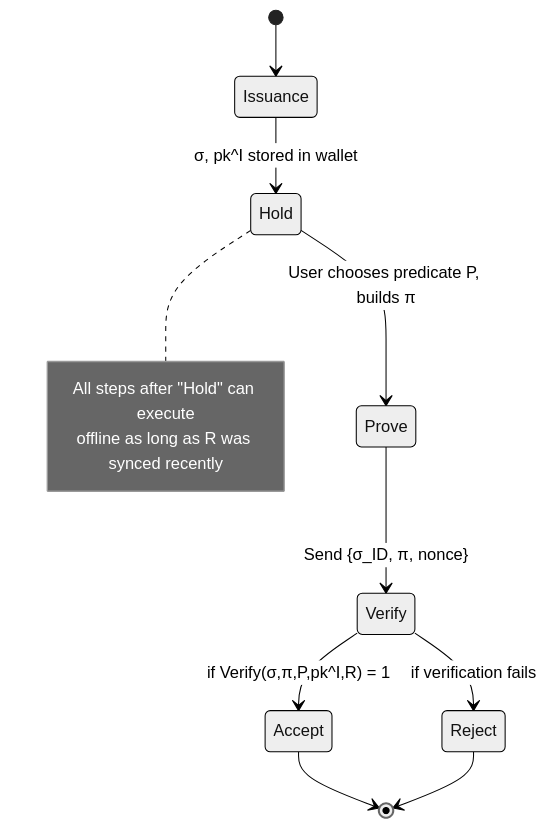
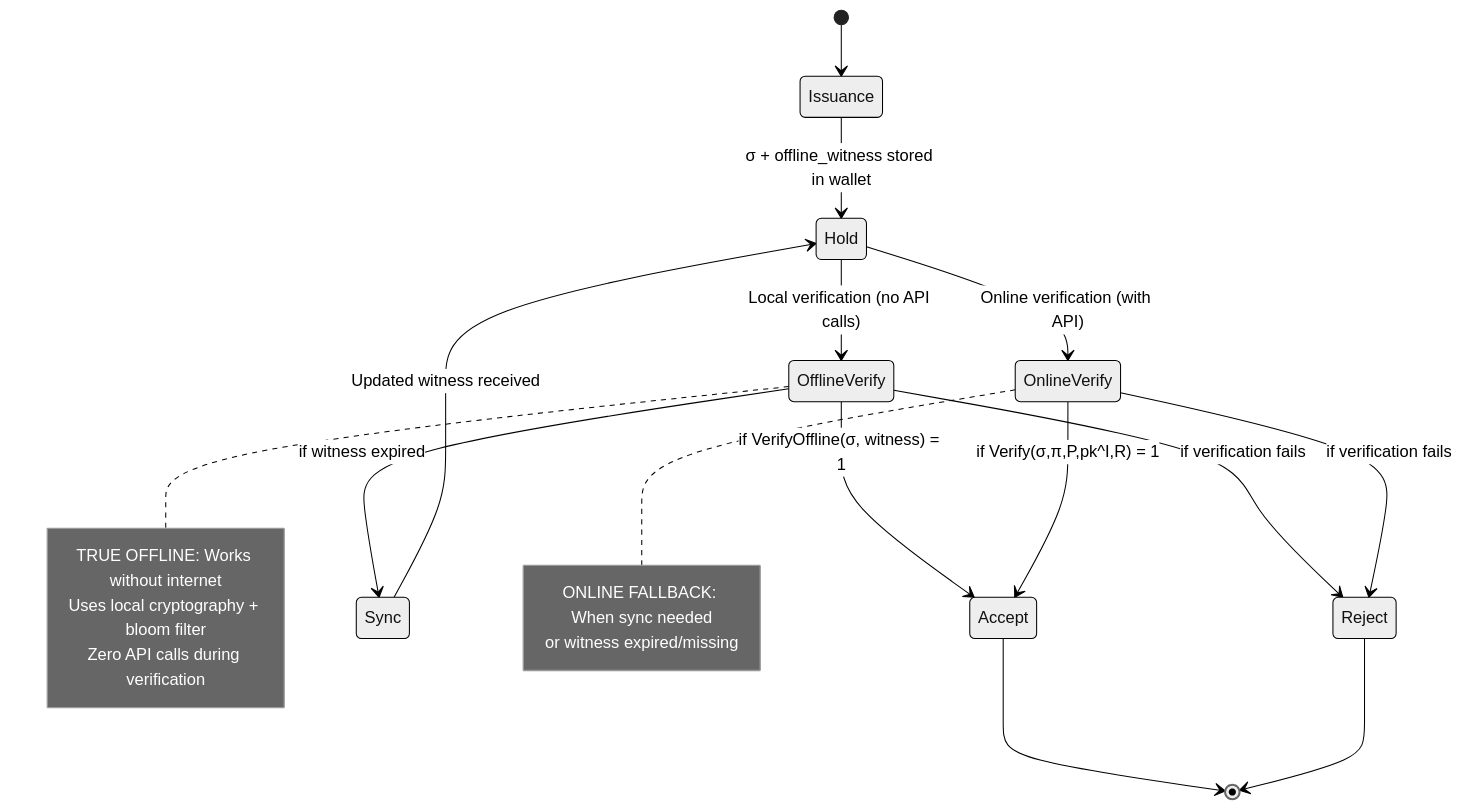
Before and after one commit to JEDMckenna99/lemma-enterprise: the diagram in LEMMA_WHITEPAPER.md, drawn with Mermaid (neutral theme). The commit also changed other lines of this file and 5 other files, not shown here.

````diff
--- a/LEMMA_WHITEPAPER.md
+++ b/LEMMA_WHITEPAPER.md
@@ -114,16 +114,26 @@
 ```mermaid
 stateDiagram-v2
     [*] --> Issuance
-    Issuance --> Hold: σ, pk^I stored in wallet
-    Hold --> Prove: User chooses predicate P, builds π
-    Prove --> Verify: Send {σ_ID, π, nonce}
-    Verify --> Accept: if Verify(σ,π,P,pk^I,R) = 1
-    Verify --> Reject: if verification fails
+    Issuance --> Hold: σ + offline_witness stored in wallet
+    Hold --> OfflineVerify: Local verification (no API calls)
+    Hold --> OnlineVerify: Online verification (with API)
+    OfflineVerify --> Accept: if VerifyOffline(σ, witness) = 1
+    OfflineVerify --> Sync: if witness expired
+    OnlineVerify --> Accept: if Verify(σ,π,P,pk^I,R) = 1
+    Sync --> Hold: Updated witness received
     Accept --> [*]
+    OfflineVerify --> Reject: if verification fails
+    OnlineVerify --> Reject: if verification fails
     Reject --> [*]
     
-    note right of Hold
-        All steps after "Hold" can execute
-        offline as long as R was synced recently
+    note right of OfflineVerify
+        TRUE OFFLINE: Works without internet
+        Uses local cryptography + bloom filter
+        Zero API calls during verification
+    end note
+    
+    note right of OnlineVerify
+        ONLINE FALLBACK: When sync needed
+        or witness expired/missing
     end note
 ```
````
